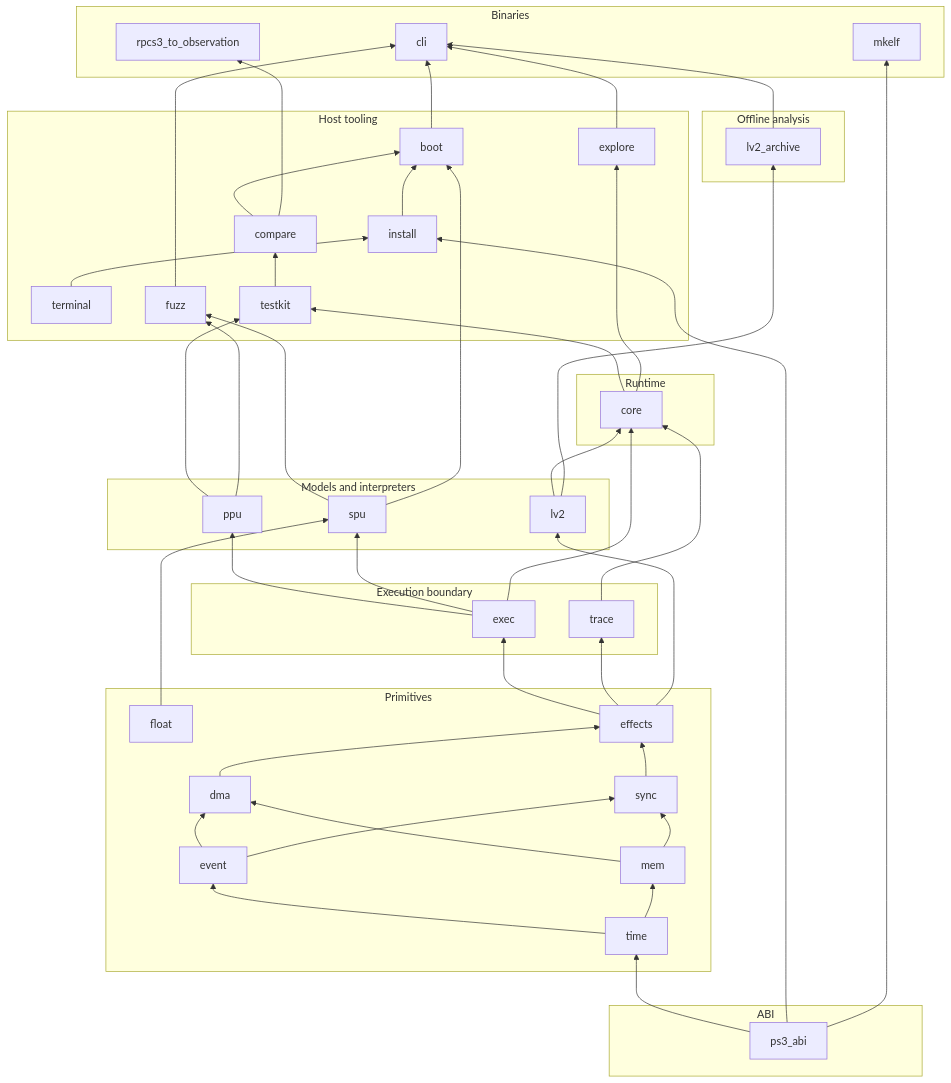
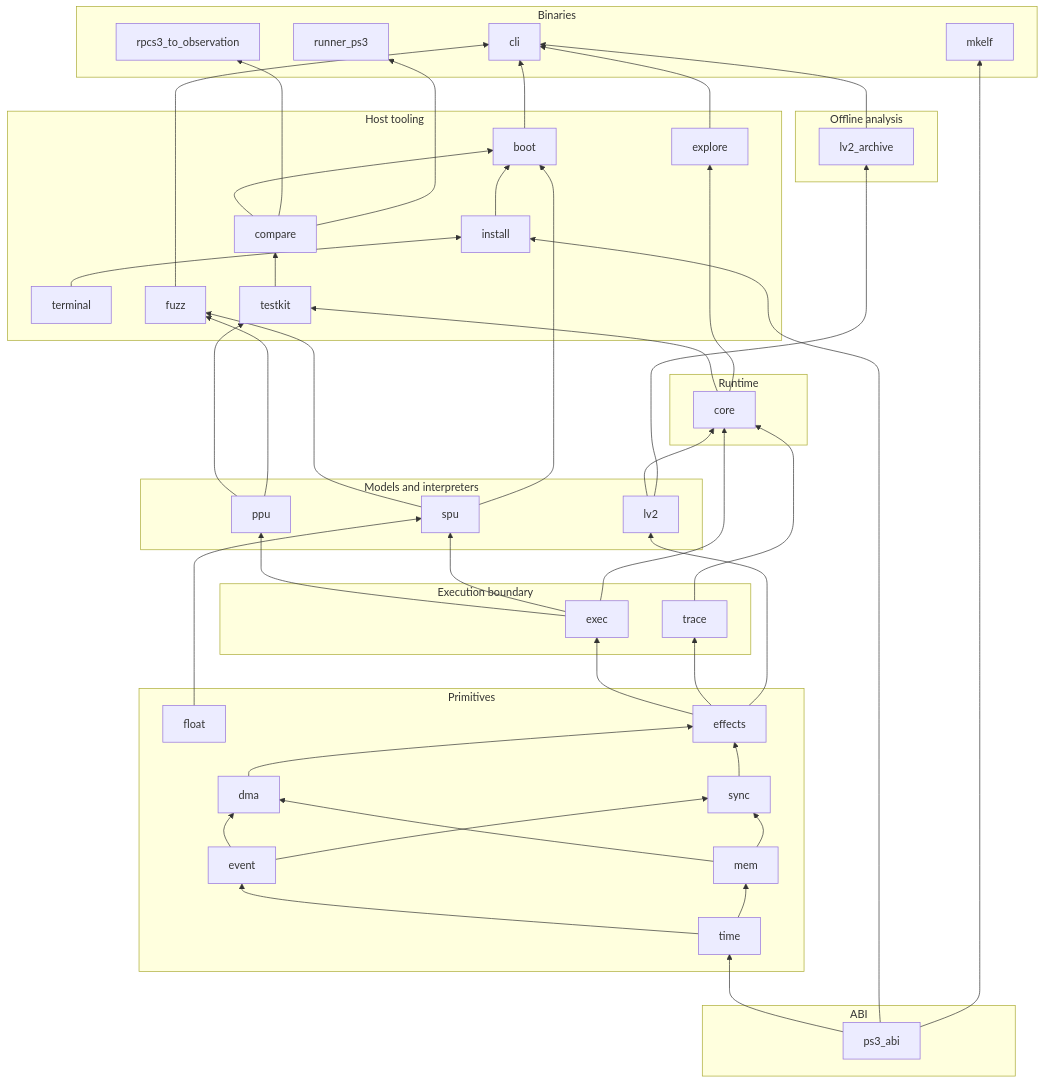
Before and after one commit to RoyalAce22/CellGov: the diagram in docs/architecture/workspace.md, drawn with Mermaid. The commit also changed other lines of this file and 27 other files, not shown here.

````diff
--- a/docs/architecture/workspace.md
+++ b/docs/architecture/workspace.md
@@ -11,64 +11,65 @@
 ```mermaid
 graph BT
   subgraph ABI
     ps3_abi
   end
   subgraph Primitives
     time; float; event; mem; dma; sync; effects
   end
   subgraph Execution boundary
     exec; trace
   end
   subgraph Models and interpreters
     lv2; ppu; spu
   end
   subgraph Runtime
     core
   end
   subgraph Offline analysis
     lv2_archive
   end
   subgraph Host tooling
     terminal; testkit; compare; explore; fuzz; install; boot
   end
   subgraph Binaries
-    cli; mkelf; rpcs3_to_observation
+    cli; mkelf; rpcs3_to_observation; runner_ps3
   end
 
   ps3_abi --> time
   time --> event
   time --> mem
   event --> dma
   mem --> dma
   event --> sync
   mem --> sync
   dma --> effects
   sync --> effects
   effects --> exec
   effects --> trace
   effects --> lv2
   exec --> ppu
   exec --> spu
   float --> spu
   exec --> core
   lv2 --> core
   trace --> core
   lv2 --> lv2_archive
   core --> testkit
   ppu --> testkit
   testkit --> compare
   core --> explore
   ppu --> fuzz
   spu --> fuzz
   ps3_abi --> install
   terminal --> install
   compare --> boot
   install --> boot
   spu --> boot
   boot --> cli
   explore --> cli
   fuzz --> cli
   lv2_archive --> cli
   ps3_abi --> mkelf
   compare --> rpcs3_to_observation
+  compare --> runner_ps3
 ```
````
